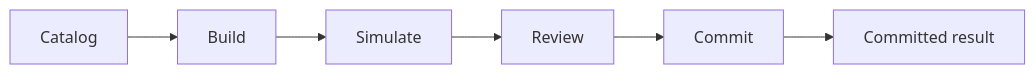
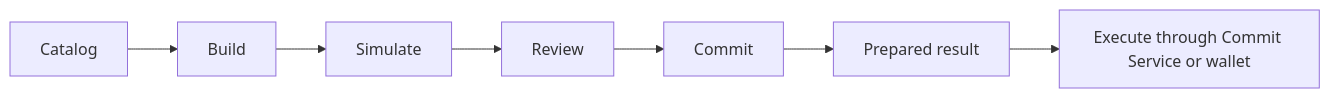
Before and after one commit to aomi-labs/aomi: the diagram in apps/landing/content/guides/reference/simulation.mdx, drawn with Mermaid. The commit also changed other lines of this file and 5 other files, not shown here.

````diff
--- a/apps/landing/content/guides/reference/simulation.mdx
+++ b/apps/landing/content/guides/reference/simulation.mdx
@@ -12,8 +12,9 @@
 ```mermaid
 flowchart LR
     C[Catalog] --> B[Build]
     B --> S[Simulate]
     S --> R[Review]
     R --> X[Commit]
-    X --> F[Committed result]
+    X --> P[Prepared result]
+    P --> E[Execute through Commit Service or wallet]
 ```
````
